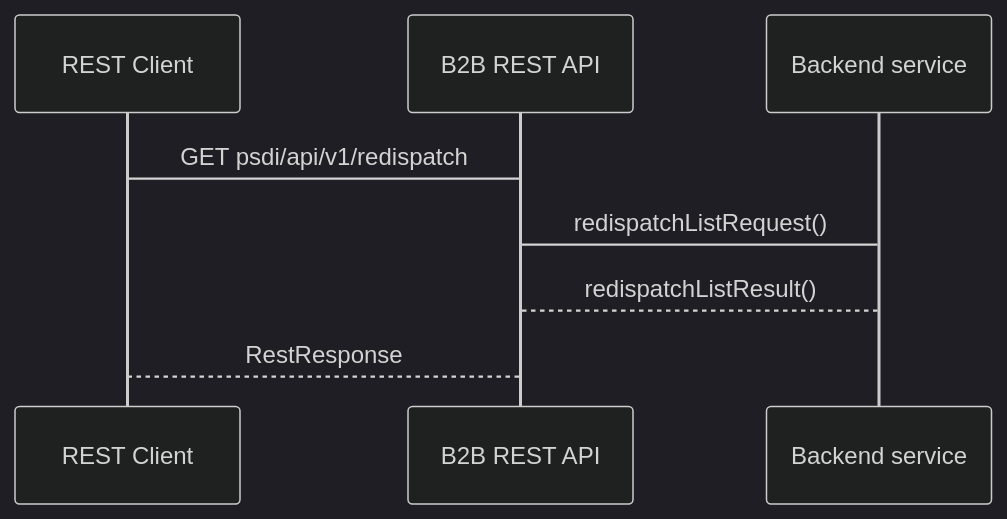
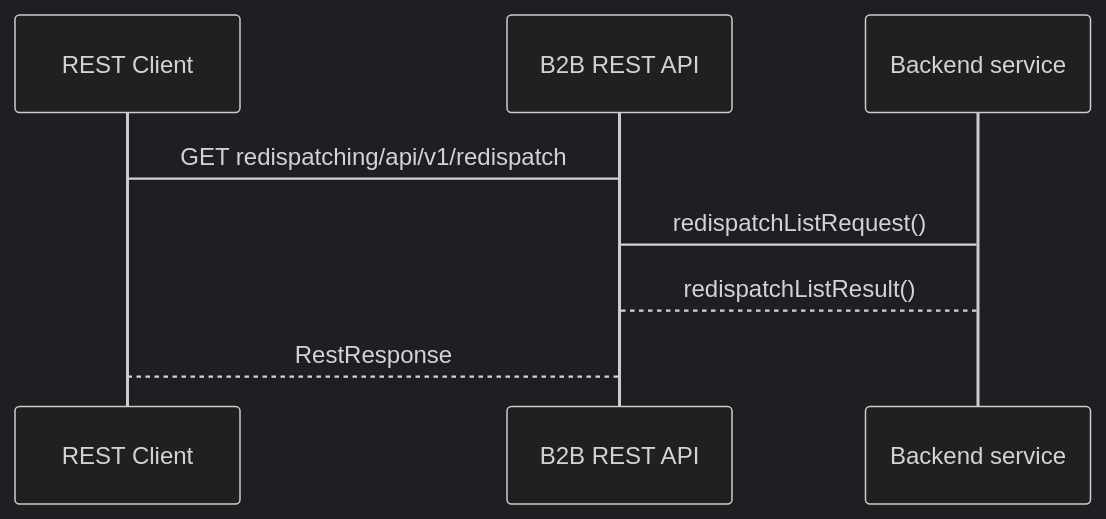
One commit to Polskie-Sieci-Elektroenergetyczne/redispatching-api changed the diagram in docs/komunikat informacji o historycznych poleceniach redysponowania.md. Above: the diagram before and after it, drawn with Mermaid (dark theme). The commit also changed other lines of this file and 7 other files, not shown here.

````diff
--- a/docs/komunikat informacji o historycznych poleceniach redysponowania.md
+++ b/docs/komunikat informacji o historycznych poleceniach redysponowania.md
@@ -32,10 +32,10 @@
 ```mermaid
 sequenceDiagram
     participant REST Client
     participant B2B REST API
     participant Backend service
-    REST Client->B2B REST API: GET psdi/api/v1/redispatch
+    REST Client->B2B REST API: GET redispatching/api/v1/redispatch
     B2B REST API->Backend service: redispatchListRequest()
 	Backend service-->B2B REST API: redispatchListResult()
     B2B REST API-->REST Client: RestResponse
 ```
````
